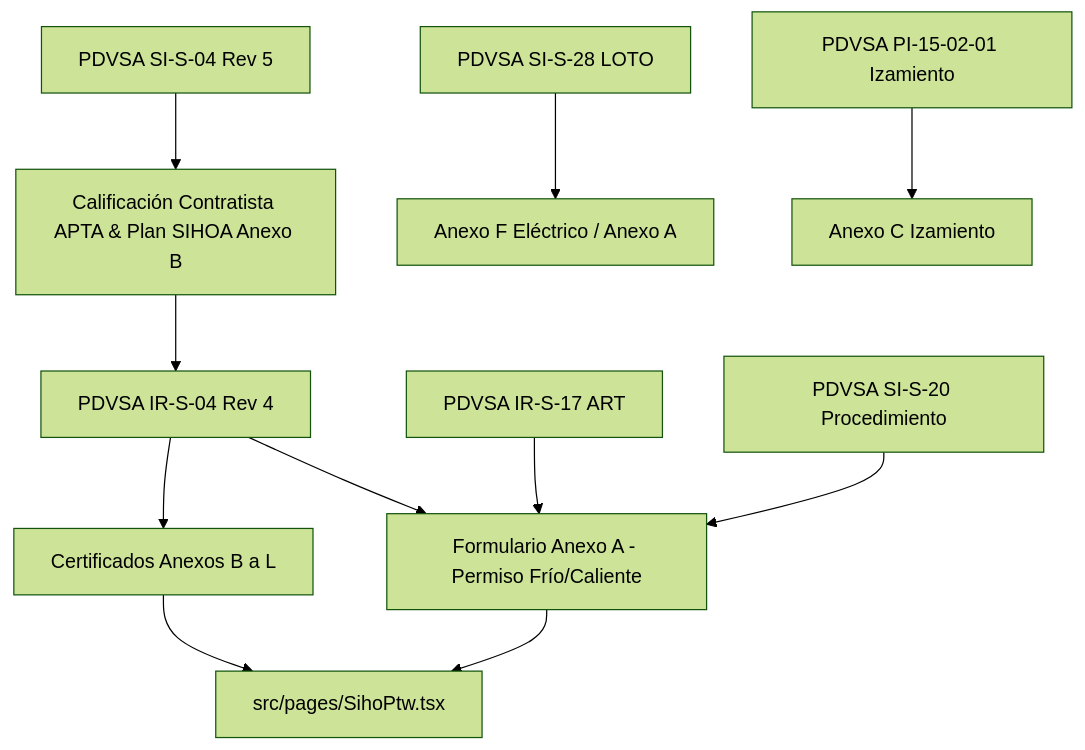
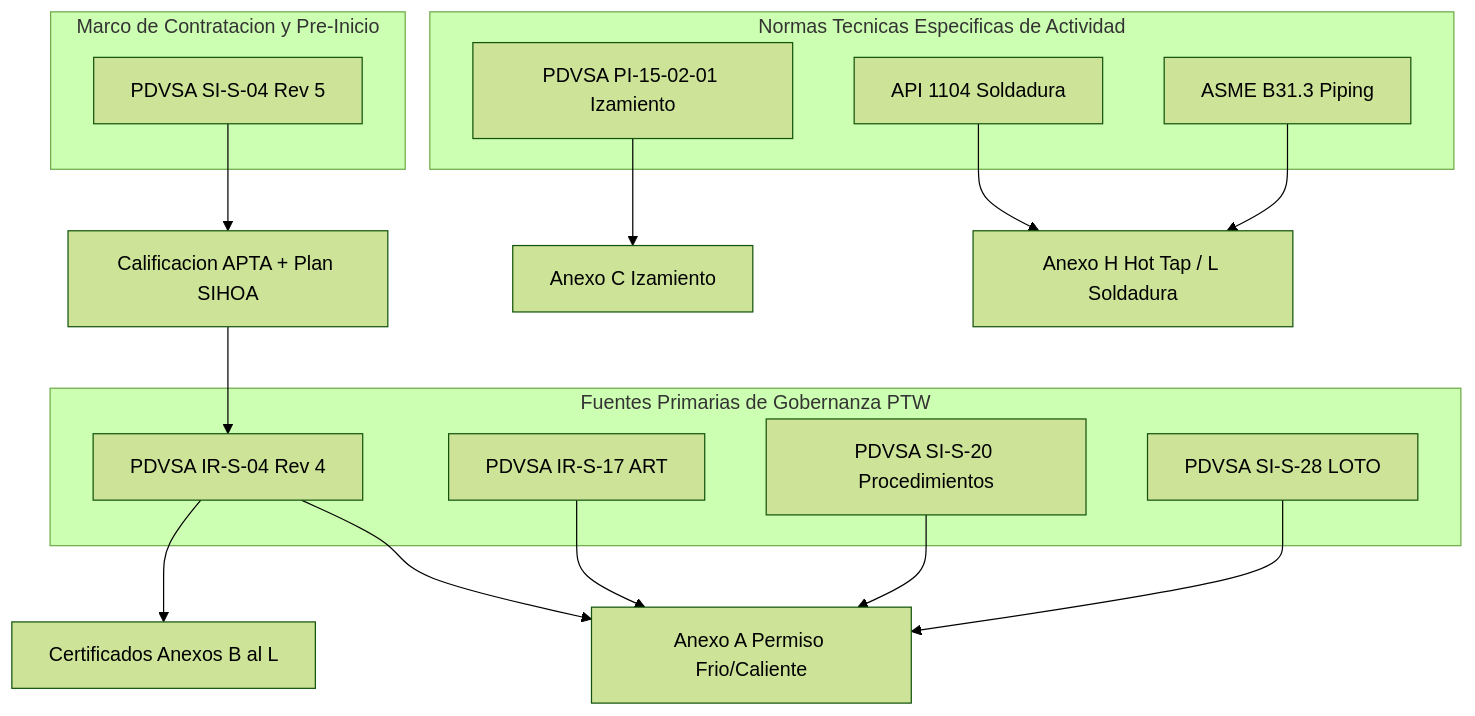
One commit to wolvesglobalsolutionsgroup-rgb/Industrial-360-App-GAIS changed the diagram in docs/intake/workflows/WF-043-SOURCE-DEPENDENCY-MATRIX.md. Above: the diagram before and after it, drawn with Mermaid (forest theme). The commit also changed other lines of this file and 4 other files, not shown here.

````diff
--- a/docs/intake/workflows/WF-043-SOURCE-DEPENDENCY-MATRIX.md
+++ b/docs/intake/workflows/WF-043-SOURCE-DEPENDENCY-MATRIX.md
@@ -46,14 +46,31 @@
 ```mermaid
 graph TD
-    SRC_SIS04[PDVSA SI-S-04 Rev 5] --> PrereqApta[Calificación Contratista APTA & Plan SIHOA Anexo B]
-    PrereqApta --> SRC_IRS04[PDVSA IR-S-04 Rev 4 PTW]
-    SRC_IRS04[PDVSA IR-S-04 Rev 4] --> FormAnexoA[Formulario Anexo A - Permiso Frío/Caliente]
-    SRC_IRS04 --> CertsBL[Certificados Anexos B a L]
-    SRC_IRS17[PDVSA IR-S-17 ART] --> FormAnexoA
-    SRC_SIS20[PDVSA SI-S-20 Procedimiento] --> FormAnexoA
-    SRC_SIS28[PDVSA SI-S-28 LOTO] --> CertF[Anexo F Eléctrico / Anexo A]
-    SRC_PI15[PDVSA PI-15-02-01 Izamiento] --> CertC[Anexo C Izamiento]
+    subgraph Marco_Contratacion[Marco de Contratacion y Pre-Inicio]
+        SIS04[PDVSA SI-S-04 Rev 5]
+    end
 
-    FormAnexoA --> AppPage[src/pages/SihoPtw.tsx]
-    CertsBL --> AppPage
+    subgraph Gobernanza_Primaria_PTW[Fuentes Primarias de Gobernanza PTW]
+        IRS04[PDVSA IR-S-04 Rev 4]
+        IRS17[PDVSA IR-S-17 ART]
+        SIS20[PDVSA SI-S-20 Procedimientos]
+        SIS28[PDVSA SI-S-28 LOTO]
+    end
+
+    subgraph Especificas_Actividad[Normas Tecnicas Especificas de Actividad]
+        PI15[PDVSA PI-15-02-01 Izamiento]
+        API1104[API 1104 Soldadura]
+        ASME[ASME B31.3 Piping]
+    end
+
+    SIS04 --> Prereq[Calificacion APTA + Plan SIHOA]
+    Prereq --> IRS04
+    IRS04 --> FormA[Anexo A Permiso Frio/Caliente]
+    IRS17 --> FormA
+    SIS20 --> FormA
+    SIS28 --> FormA
+    
+    IRS04 --> CertsBL[Certificados Anexos B al L]
+    PI15 --> CertC[Anexo C Izamiento]
+    API1104 --> CertH[Anexo H Hot Tap / L Soldadura]
+    ASME --> CertH
 ```
````
